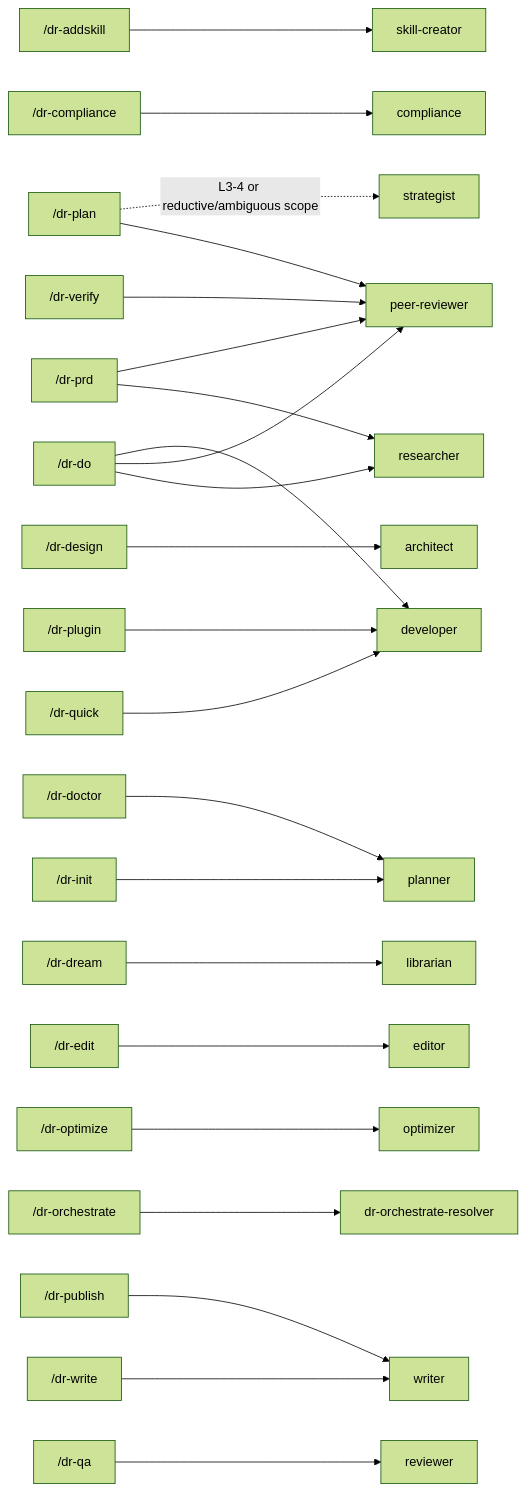
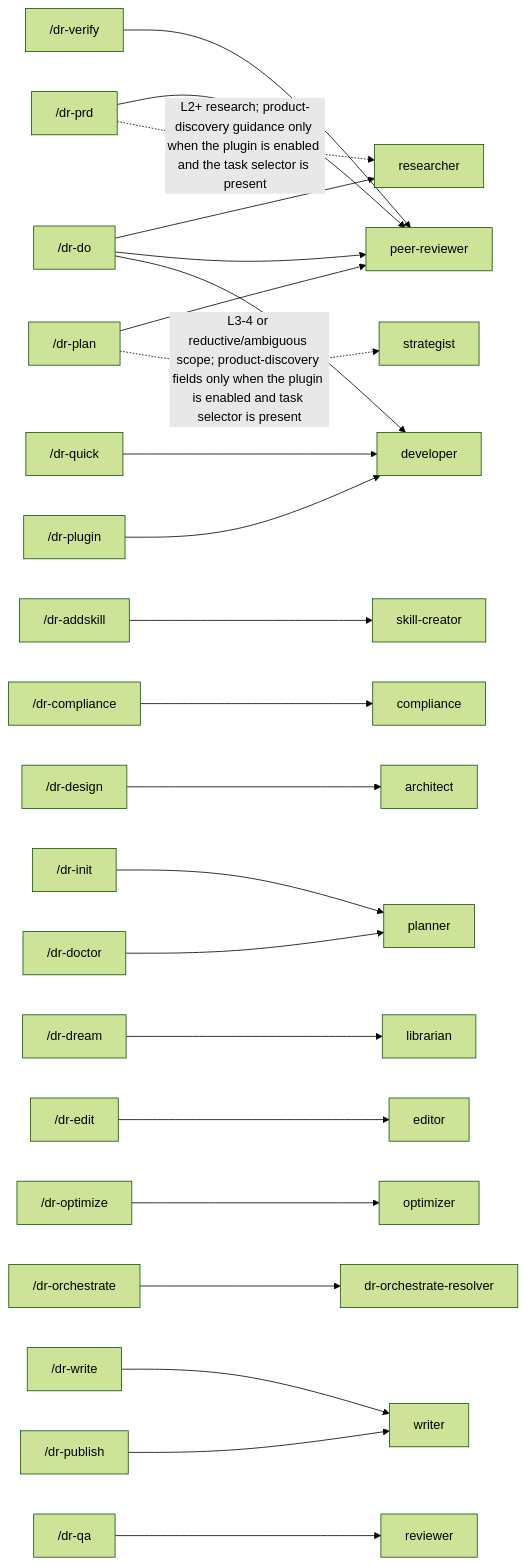
Before and after one commit to Arcanada-one/datarim: the first of 2 diagrams in skills/visual-maps/framework-architecture.md, drawn with Mermaid (forest theme). The commit also changed 10 other files, not shown here.

First line of the commit message:
D5A-T2.3: gate product profile and strategist schema v2 (#505)

````diff
--- a/skills/visual-maps/framework-architecture.md
+++ b/skills/visual-maps/framework-architecture.md
@@ -9,25 +9,25 @@
 ```mermaid
 graph LR
-    C_dr_plan["/dr-plan"] -.->|"L3-4 or reductive/ambiguous scope"| A_strategist["strategist"]
+    C_dr_prd["/dr-prd"] -.->|"L2+ research; product-discovery guidance only when the plugin is enabled and the task selector is present"| A_researcher["researcher"]
+    C_dr_plan["/dr-plan"] -.->|"L3-4 or reductive/ambiguous scope; product-discovery fields only when the plugin is enabled and task selector is present"| A_strategist["strategist"]
     C_dr_addskill["/dr-addskill"] --> A_skill_creator["skill-creator"]
     C_dr_compliance["/dr-compliance"] --> A_compliance["compliance"]
     C_dr_design["/dr-design"] --> A_architect["architect"]
     C_dr_do["/dr-do"] --> A_developer["developer"]
     C_dr_do["/dr-do"] --> A_peer_reviewer["peer-reviewer"]
     C_dr_do["/dr-do"] --> A_researcher["researcher"]
     C_dr_doctor["/dr-doctor"] --> A_planner["planner"]
     C_dr_dream["/dr-dream"] --> A_librarian["librarian"]
     C_dr_edit["/dr-edit"] --> A_editor["editor"]
     C_dr_init["/dr-init"] --> A_planner["planner"]
     C_dr_optimize["/dr-optimize"] --> A_optimizer["optimizer"]
     C_dr_orchestrate["/dr-orchestrate"] --> A_dr_orchestrate_resolver["dr-orchestrate-resolver"]
     C_dr_plan["/dr-plan"] --> A_peer_reviewer["peer-reviewer"]
     C_dr_plugin["/dr-plugin"] --> A_developer["developer"]
     C_dr_prd["/dr-prd"] --> A_peer_reviewer["peer-reviewer"]
-    C_dr_prd["/dr-prd"] --> A_researcher["researcher"]
     C_dr_publish["/dr-publish"] --> A_writer["writer"]
     C_dr_qa["/dr-qa"] --> A_reviewer["reviewer"]
     C_dr_quick["/dr-quick"] --> A_developer["developer"]
     C_dr_verify["/dr-verify"] --> A_peer_reviewer["peer-reviewer"]
     C_dr_write["/dr-write"] --> A_writer["writer"]
 ```
````
